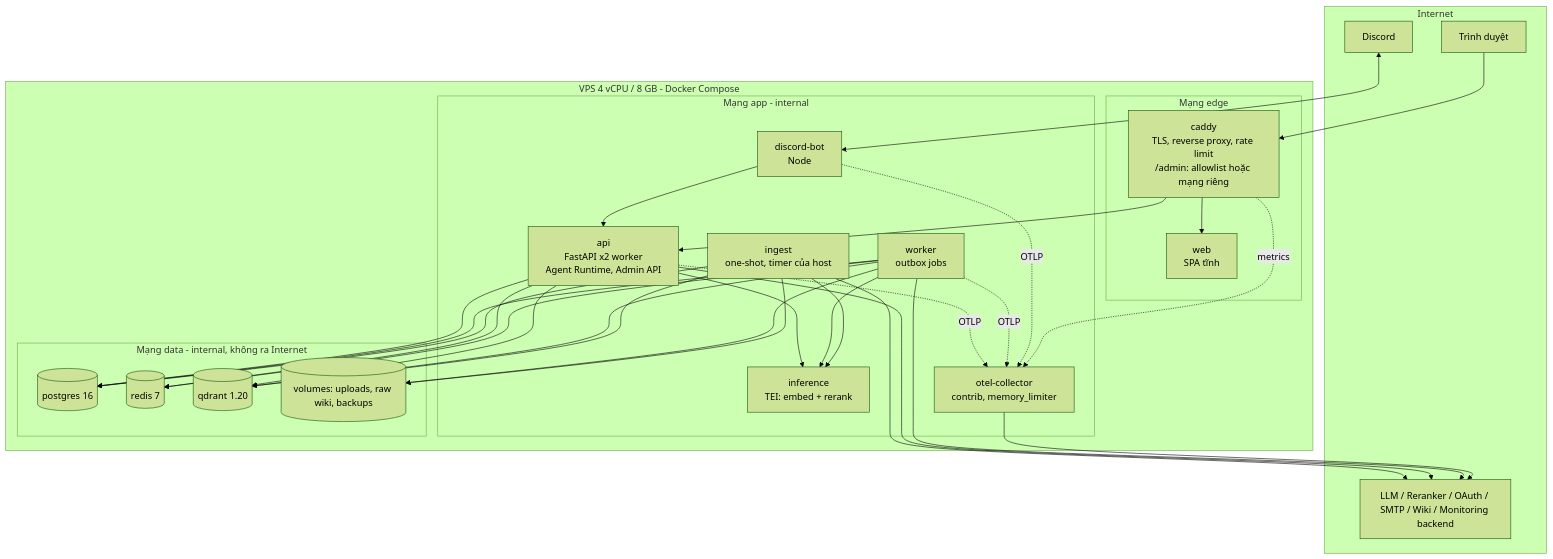
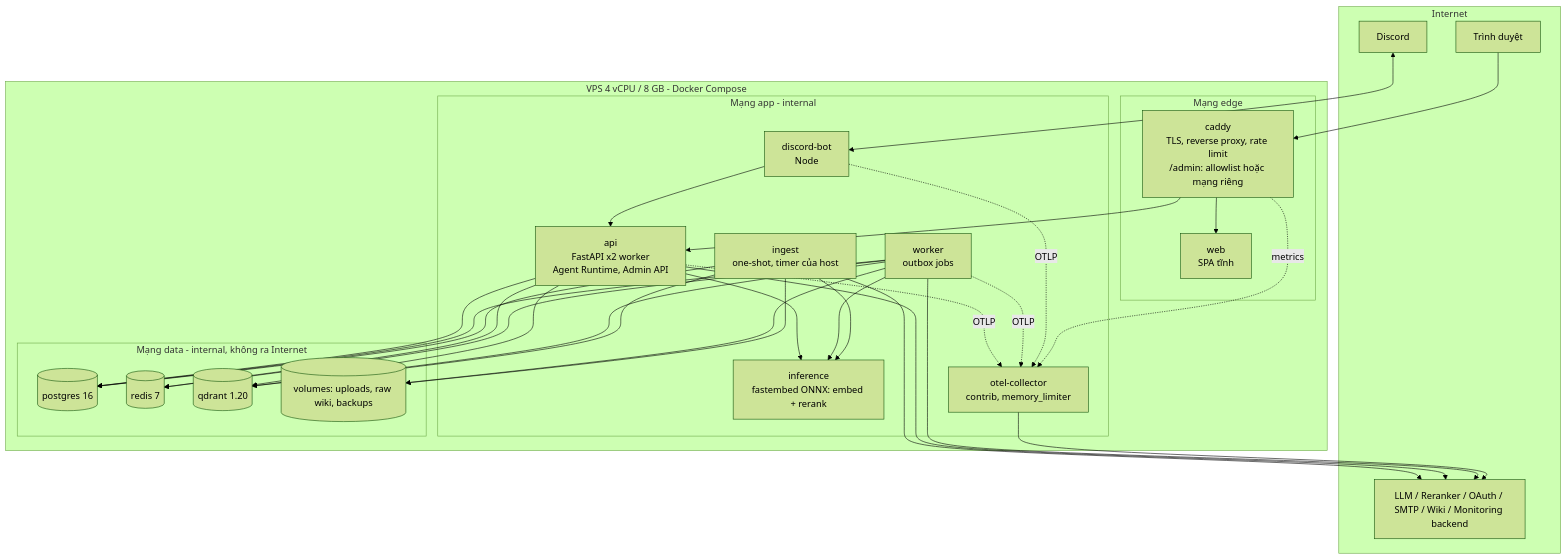
The third of 23 diagrams in docs/SRS_Chisa_v2_Advanced_Agentic_RAG.md (HoanBuCon/Kuchiba-Chisa), drawn with Mermaid (forest theme) before and after one commit. The commit also changed other lines of this file and 1 other file, not shown here.

First line of the commit message:
docs(srs): record the self-hosted inference service (v2.2.1)

````diff
--- a/docs/SRS_Chisa_v2_Advanced_Agentic_RAG.md
+++ b/docs/SRS_Chisa_v2_Advanced_Agentic_RAG.md
@@ -270,44 +271,44 @@
 ```mermaid
 flowchart TB
   subgraph NET["Internet"]
     U["Trình duyệt"]
     DU["Discord"]
     EXT["LLM / Reranker / OAuth / SMTP / Wiki / Monitoring backend"]
   end
   subgraph VPS["VPS 4 vCPU / 8 GB - Docker Compose"]
     subgraph EDGE["Mạng edge"]
       CADDY["caddy<br/>TLS, reverse proxy, rate limit<br/>/admin: allowlist hoặc mạng riêng"]
       WEB["web<br/>SPA tĩnh"]
     end
     subgraph APPN["Mạng app - internal"]
       API["api<br/>FastAPI x2 worker<br/>Agent Runtime, Admin API"]
       WRK["worker<br/>outbox jobs"]
       ING["ingest<br/>one-shot, timer của host"]
       BOT["discord-bot<br/>Node"]
-      INF["inference<br/>TEI: embed + rerank"]
+      INF["inference<br/>fastembed ONNX: embed + rerank"]
       OTC["otel-collector<br/>contrib, memory_limiter"]
     end
     subgraph DATAN["Mạng data - internal, không ra Internet"]
       PG[("postgres 16")]
       RD[("redis 7")]
       QD[("qdrant 1.20")]
       FS[("volumes: uploads, raw wiki, backups")]
     end
   end
   U --> CADDY
   CADDY --> WEB
   CADDY --> API
   DU <--> BOT
   BOT --> API
   API --> PG & RD & QD & INF
   WRK --> PG & RD & QD & INF & FS
   ING --> PG & QD & INF & FS
   ING --> EXT
   API --> EXT
   WRK --> EXT
   API -. OTLP .-> OTC
   WRK -. OTLP .-> OTC
   BOT -. OTLP .-> OTC
   CADDY -. metrics .-> OTC
   OTC --> EXT
 ```
````
